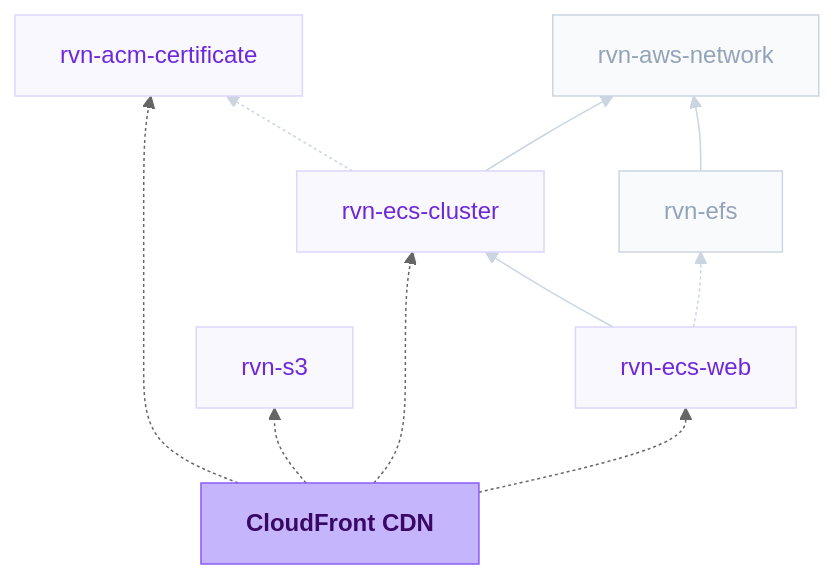
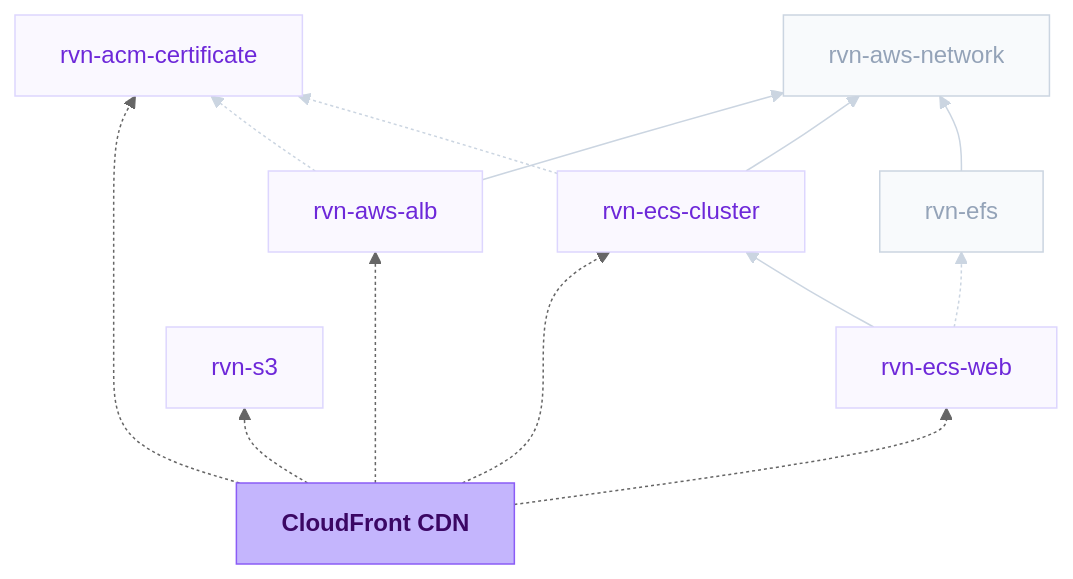
Before and after one commit to flightcontrolhq/docs: the diagram in module-definitions/catalog/rvn-cloudfront.mdx, drawn with Mermaid (neutral theme). The commit also changed other lines of this file and 2 other files, not shown here.

Commit message:
chore: sync module catalog docs

````diff
--- a/module-definitions/catalog/rvn-cloudfront.mdx
+++ b/module-definitions/catalog/rvn-cloudfront.mdx
@@ -16,29 +16,33 @@
 ```mermaid
 flowchart BT
   rvn_cloudfront["<strong>CloudFront CDN</strong>"] -.-> rvn_acm_certificate["rvn-acm-certificate"]
   rvn_cloudfront -.-> rvn_ecs_web["rvn-ecs-web"]
+  rvn_cloudfront -.-> rvn_aws_alb["rvn-aws-alb"]
   rvn_cloudfront -.-> rvn_ecs_cluster["rvn-ecs-cluster"]
   rvn_cloudfront -.-> rvn_s3["rvn-s3"]
   rvn_ecs_web --> rvn_ecs_cluster
   rvn_ecs_web -.-> rvn_efs["rvn-efs"]
-  rvn_ecs_cluster --> rvn_aws_network["rvn-aws-network"]
+  rvn_aws_alb --> rvn_aws_network["rvn-aws-network"]
+  rvn_aws_alb -.-> rvn_acm_certificate
+  rvn_ecs_cluster --> rvn_aws_network
   rvn_ecs_cluster -.-> rvn_acm_certificate
   rvn_efs --> rvn_aws_network
 
   class rvn_cloudfront current
-  class rvn_acm_certificate,rvn_ecs_web,rvn_ecs_cluster,rvn_s3 dependency
+  class rvn_acm_certificate,rvn_ecs_web,rvn_aws_alb,rvn_ecs_cluster,rvn_s3 dependency
   class rvn_efs,rvn_aws_network upstream
 
   classDef current fill:#C4B5FD,stroke:#8B5CF6,color:#3B0764
   classDef dependency fill:#FAF8FF,stroke:#DDD6FE,color:#6D28D9
   classDef consumer fill:#F3F4F6,stroke:#9CA3AF,color:#4B5563
   classDef upstream fill:#F8FAFC,stroke:#CBD5E1,color:#94A3B8
-  linkStyle 4,5,6,7,8 stroke:#CBD5E1,color:#94A3B8
+  linkStyle 5,6,7,8,9,10,11 stroke:#CBD5E1,color:#94A3B8
 
   click rvn_acm_certificate "/module-definitions/catalog/rvn-acm-certificate" "Open rvn-acm-certificate docs"
   click rvn_ecs_web "/module-definitions/catalog/rvn-ecs-web" "Open rvn-ecs-web docs"
+  click rvn_aws_alb "/module-definitions/catalog/rvn-aws-alb" "Open rvn-aws-alb docs"
   click rvn_ecs_cluster "/module-definitions/catalog/rvn-ecs-cluster" "Open rvn-ecs-cluster docs"
   click rvn_s3 "/module-definitions/catalog/rvn-s3" "Open rvn-s3 docs"
   click rvn_efs "/module-definitions/catalog/rvn-efs" "Open rvn-efs docs"
   click rvn_aws_network "/module-definitions/catalog/rvn-aws-network" "Open rvn-aws-network docs"
 ```
````
